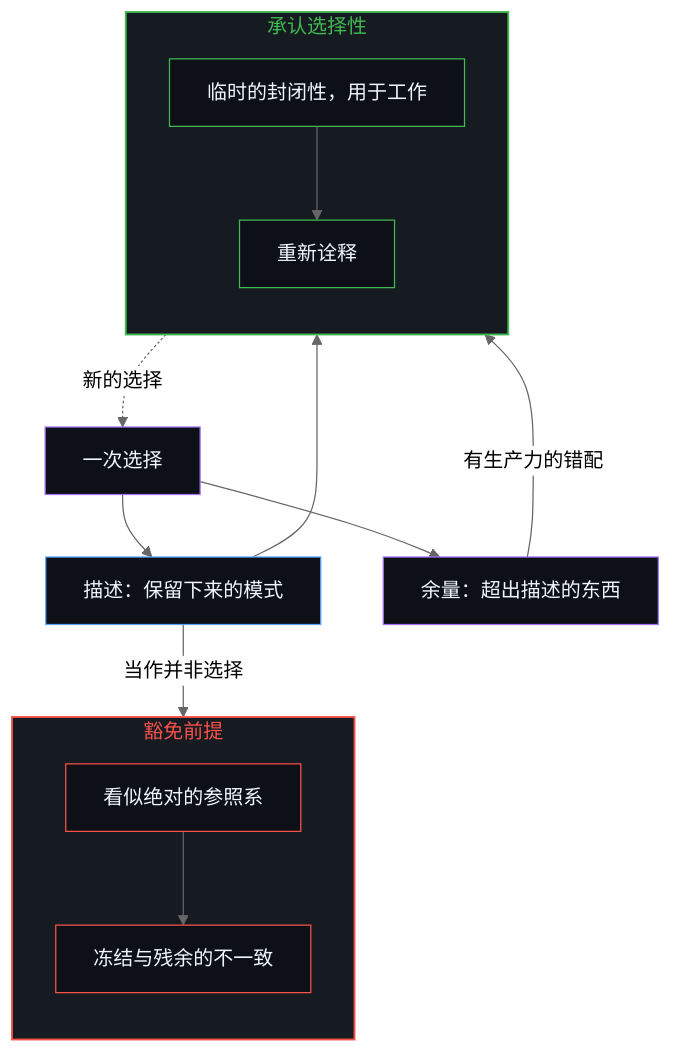
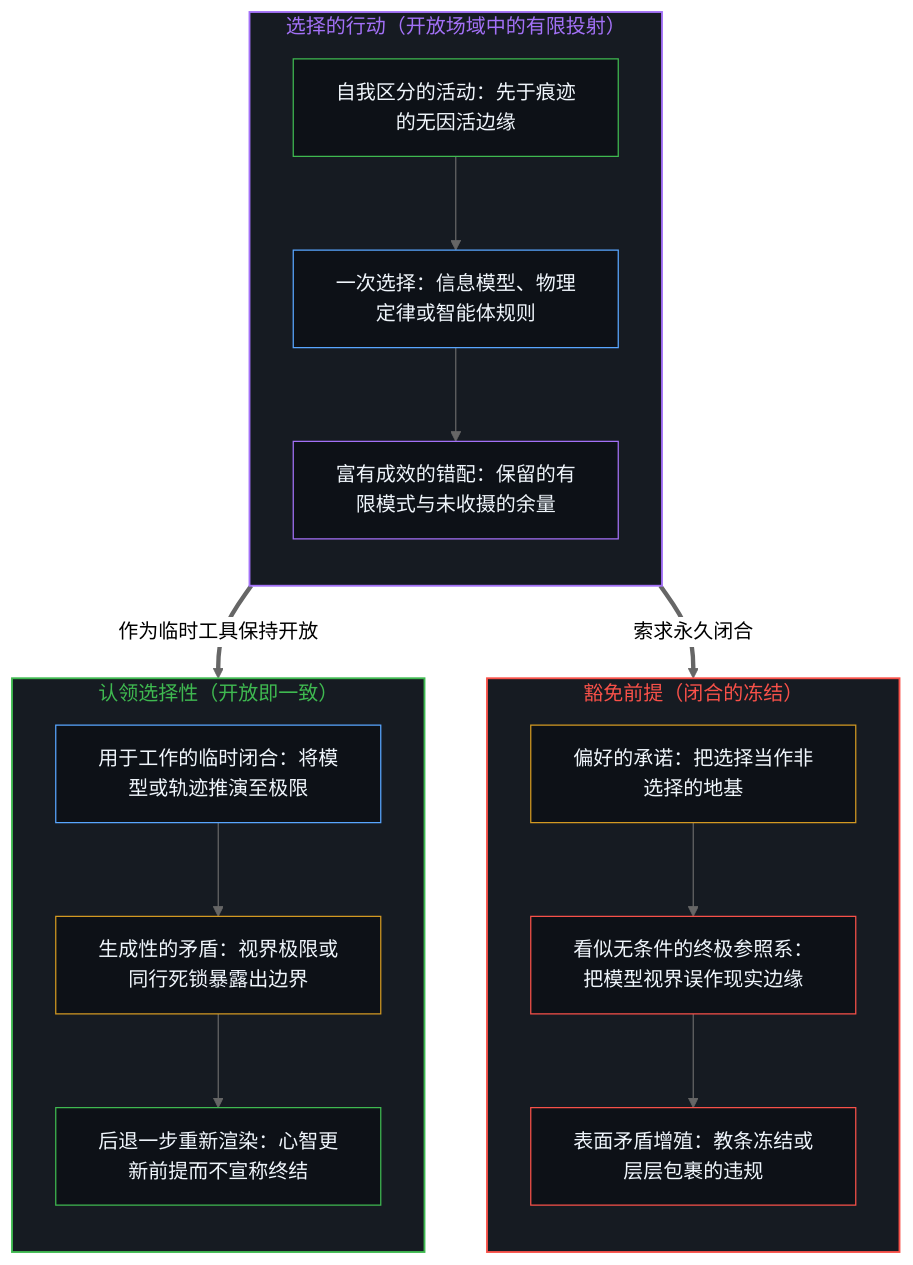
Before and after one commit to powerpig99/not-a-toe: the first of 2 diagrams in content/posts/selection-contradiction-and-open-reality.md, drawn with Mermaid (neutral theme). The commit also changed other lines of this file and 1 other file, not shown here.

````diff
--- a/content/posts/selection-contradiction-and-open-reality.md
+++ b/content/posts/selection-contradiction-and-open-reality.md
@@ -49,32 +49,42 @@
 ```mermaid
 flowchart TD
-    S["一次选择"]
-    D["描述：保留下来的模式"]
-    X["余量：超出描述的东西"]
-    subgraph S_Own["承认选择性"]
+    subgraph S_Cut["选择的行动（开放场域中的有限投射）"]
         direction TB
-        O1["临时的封闭性，用于工作"]
-        O2["重新诠释"]
+        Edge["自我区分的活动：先于痕迹的无因活边缘"]
+        Sel["一次选择：信息模型、物理定律或智能体规则"]
+        Split["富有成效的错配：保留的有限模式与未收摄的余量"]
+        Edge --> Sel --> Split
     end
-    subgraph S_Ex["豁免前提"]
+
+    subgraph S_Ex["豁免前提（闭合的冻结）"]
         direction TB
-        E1["看似绝对的参照系"]
-        E2["冻结与残余的不一致"]
+        Ex1["偏好的承诺：把选择当作非选择的地基"]
+        Ex2["看似无条件的终极参照系：把模型视界误作现实边缘"]
+        Ex3["表面矛盾增殖：教条冻结或层层包裹的违规"]
+        Ex1 --> Ex2 --> Ex3
     end
-    S --> D
-    S --> X
-    D --> O1
-    O1 --> O2
-    X -->|"有生产力的错配"| O2
-    O2 -.->|"新的选择"| S
-    D -->|"当作并非选择"| E1 --> E2
+
+    subgraph S_Own["认领选择性（开放即一致）"]
+        direction TB
+        O1["用于工作的临时闭合：将模型或轨迹推演至极限"]
+        O2["生成性的矛盾：视界极限或同行死锁暴露出边界"]
+        O3["后退一步重新渲染：心智更新前提而不宣称终结"]
+        O1 --> O2 --> O3
+    end
+
+    Split ==>|"索求永久闭合"| Ex1
+    Split ==>|"作为临时工具保持开放"| O1
+
+    style S_Cut fill:#161b22,stroke:#a371f7,stroke-width:1.5px,color:#a371f7
+    style S_Ex fill:#161b22,stroke:#f85149,stroke-width:1.5px,color:#f85149
     style S_Own fill:#161b22,stroke:#3fb950,stroke-width:1.5px,color:#3fb950
-    style S_Ex fill:#161b22,stroke:#f85149,stroke-width:1.5px,color:#f85149
-    style S fill:#0d1117,stroke:#a371f7,stroke-width:1px,color:#f0f6fc
-    style D fill:#0d1117,stroke:#58a6ff,stroke-width:1px,color:#f0f6fc
-    style X fill:#0d1117,stroke:#a371f7,stroke-width:1px,color:#f0f6fc
-    style O1 fill:#0d1117,stroke:#3fb950,stroke-width:1px,color:#f0f6fc
-    style O2 fill:#0d1117,stroke:#3fb950,stroke-width:1px,color:#f0f6fc
-    style E1 fill:#0d1117,stroke:#f85149,stroke-width:1px,color:#f0f6fc
-    style E2 fill:#0d1117,stroke:#f85149,stroke-width:1px,color:#f0f6fc
+    style Edge fill:#0d1117,stroke:#3fb950,stroke-width:1px,color:#f0f6fc
+    style Sel fill:#0d1117,stroke:#58a6ff,stroke-width:1px,color:#f0f6fc
+    style Split fill:#0d1117,stroke:#a371f7,stroke-width:1px,color:#f0f6fc
+    style Ex1 fill:#0d1117,stroke:#d29922,stroke-width:1px,color:#f0f6fc
+    style Ex2 fill:#0d1117,stroke:#f85149,stroke-width:1px,color:#f0f6fc
+    style Ex3 fill:#0d1117,stroke:#f85149,stroke-width:1px,color:#f0f6fc
+    style O1 fill:#0d1117,stroke:#58a6ff,stroke-width:1px,color:#f0f6fc
+    style O2 fill:#0d1117,stroke:#d29922,stroke-width:1px,color:#f0f6fc
+    style O3 fill:#0d1117,stroke:#3fb950,stroke-width:1px,color:#f0f6fc
 ```
````
